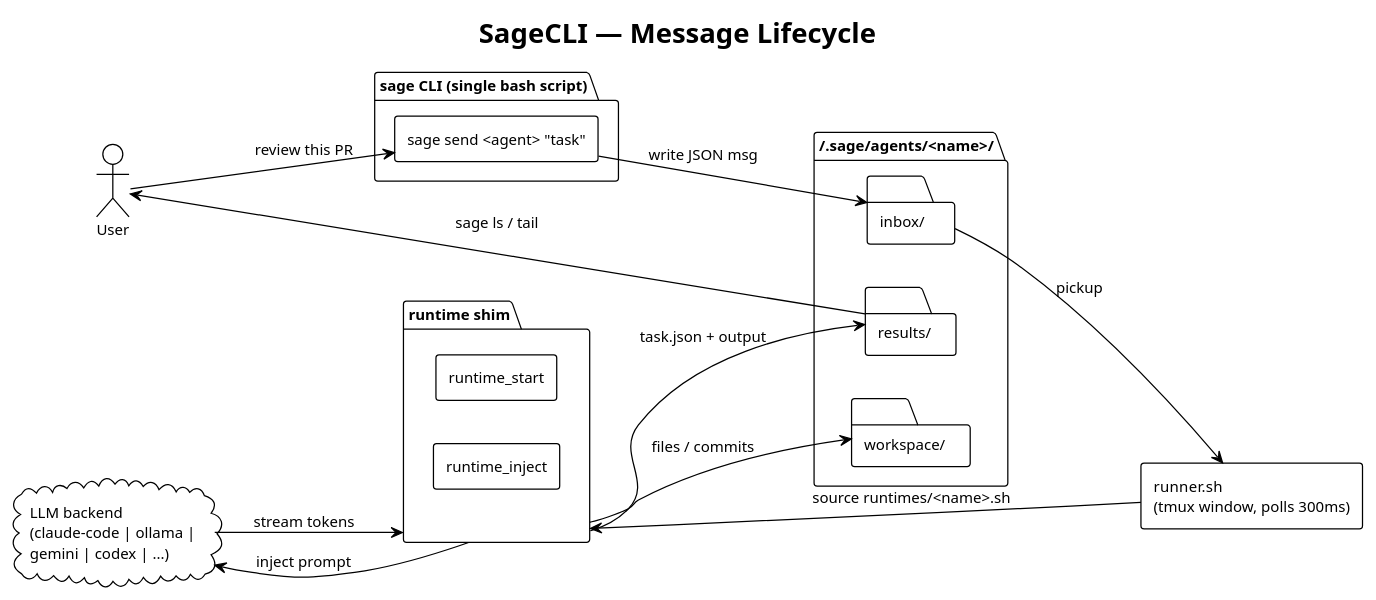
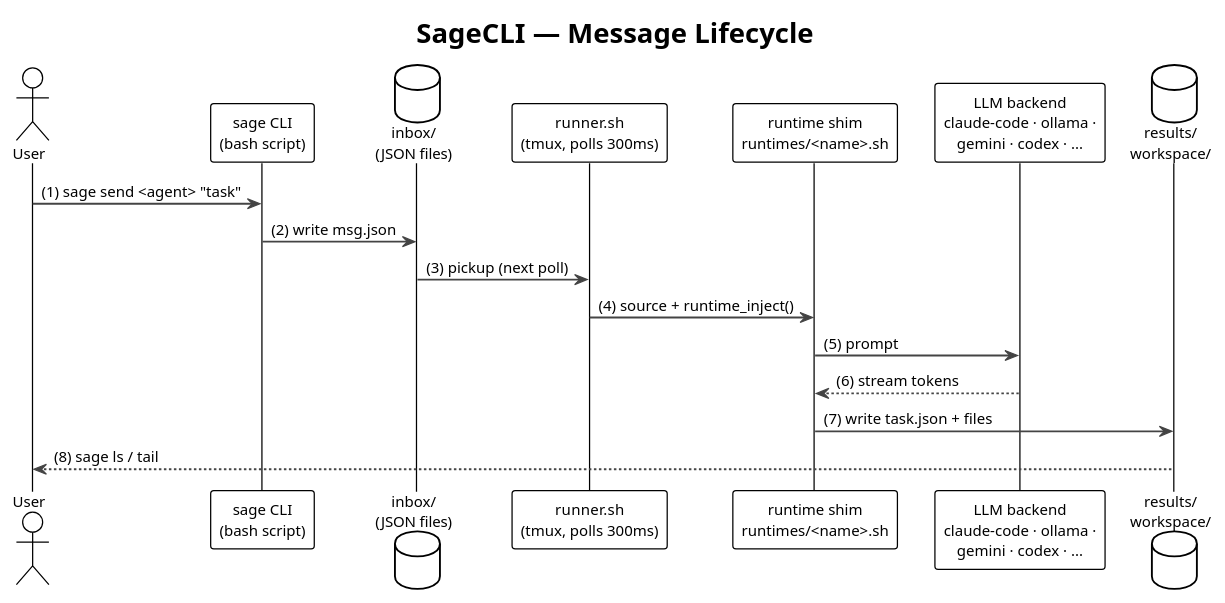
Before and after one commit to youwangd/SageCLI: the diagram in docs/diagrams/architecture.puml, drawn with PlantUML. The commit also changed 9 other files, not shown here.

First line of the commit message:
docs: improve architecture + plan-waves diagrams, remove runtimes diagram

```diff
--- a/docs/diagrams/architecture.puml
+++ b/docs/diagrams/architecture.puml
@@ -1,43 +1,29 @@
 @startuml architecture
 !theme plain
 skinparam defaultFontName "Helvetica"
 skinparam defaultFontSize 12
 skinparam shadowing false
-skinparam componentStyle rectangle
 skinparam backgroundColor transparent
-left to right direction
+skinparam ArrowColor #444
+skinparam sequenceArrowThickness 1.5
 
 title SageCLI — Message Lifecycle
 
-actor User
+actor  User
+participant "sage CLI\n(bash script)" as cli
+database "inbox/\n(JSON files)" as inbox
+participant "runner.sh\n(tmux, polls 300ms)" as runner
+participant "runtime shim\nruntimes/<name>.sh" as shim
+participant    "LLM backend\nclaude-code · ollama ·\ngemini · codex · ..." as llm
+database "results/\nworkspace/" as out
 
-package "sage CLI (single bash script)" as cli {
-  [sage send <agent> "task"] as send
-}
-
-package "~/.sage/agents/<name>/" as agent {
-  folder "inbox/" as inbox
-  folder "workspace/" as ws
-  folder "results/" as results
-}
-
-component "runner.sh\n(tmux window, polls 300ms)" as runner
-
-package "runtime shim" as rt {
-  [runtime_start]
-  [runtime_inject]
-}
-
-cloud "LLM backend\n(claude-code | ollama |\ngemini | codex | ...)" as llm
-
-User --> send : "review this PR"
-send --> inbox : write JSON msg
-inbox --> runner : pickup
-runner --> rt : source runtimes/<name>.sh
-rt --> llm : inject prompt
-llm --> rt : stream tokens
-rt --> results : task.json + output
-rt --> ws : files / commits
-results --> User : sage ls / tail
+User   -> cli    : (1) sage send <agent> "task"
+cli    -> inbox  : (2) write msg.json
+inbox  -> runner : (3) pickup (next poll)
+runner -> shim   : (4) source + runtime_inject()
+shim   -> llm    : (5) prompt
+llm    --> shim  : (6) stream tokens
+shim   -> out    : (7) write task.json + files
+out    --> User  : (8) sage ls / tail
 
 @enduml
```
